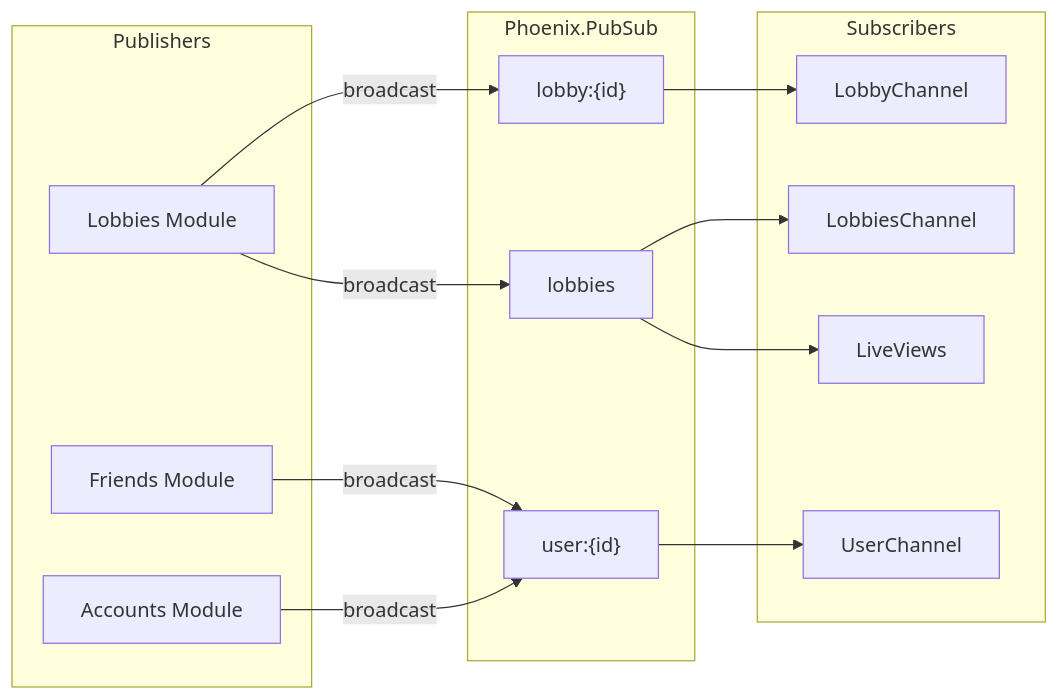
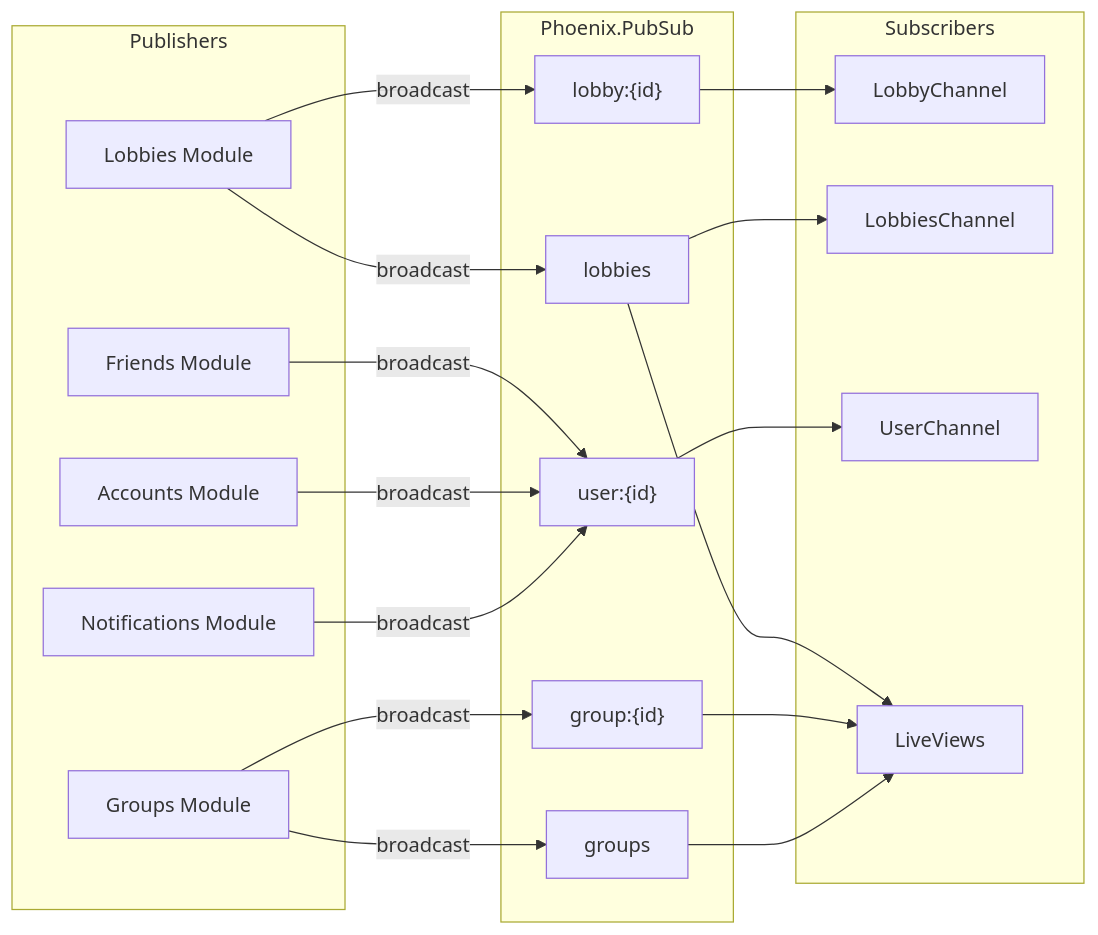
The fifth of 12 diagrams in ARCHITECTURE.md (appsinacup/game_server), drawn with Mermaid before and after one commit. The commit also changed other lines of this file and 24 other files, not shown here.

````diff
--- a/ARCHITECTURE.md
+++ b/ARCHITECTURE.md
@@ -155,29 +155,37 @@
 ```mermaid
 flowchart LR
     subgraph Publishers
         Lobbies["Lobbies Module"]
         Friends["Friends Module"]
         Accounts["Accounts Module"]
+        Groups["Groups Module"]
+        Notifications["Notifications Module"]
     end
 
     subgraph PubSub["Phoenix.PubSub"]
         LobbyTopic["lobby:{id}"]
         LobbiesTopic["lobbies"]
         UserTopic["user:{id}"]
+        GroupTopic["group:{id}"]
+        GroupsTopic["groups"]
     end
 
     subgraph Subscribers
         LobbyChannel["LobbyChannel"]
         LobbiesChannel["LobbiesChannel"]
         UserChannel["UserChannel"]
         LiveViews["LiveViews"]
     end
 
     Lobbies -->|broadcast| LobbyTopic & LobbiesTopic
     Friends -->|broadcast| UserTopic
     Accounts -->|broadcast| UserTopic
+    Groups -->|broadcast| GroupTopic & GroupsTopic
+    Notifications -->|broadcast| UserTopic
 
     LobbyTopic --> LobbyChannel
     LobbiesTopic --> LobbiesChannel & LiveViews
     UserTopic --> UserChannel
+    GroupTopic --> LiveViews
+    GroupsTopic --> LiveViews
 ```
````
